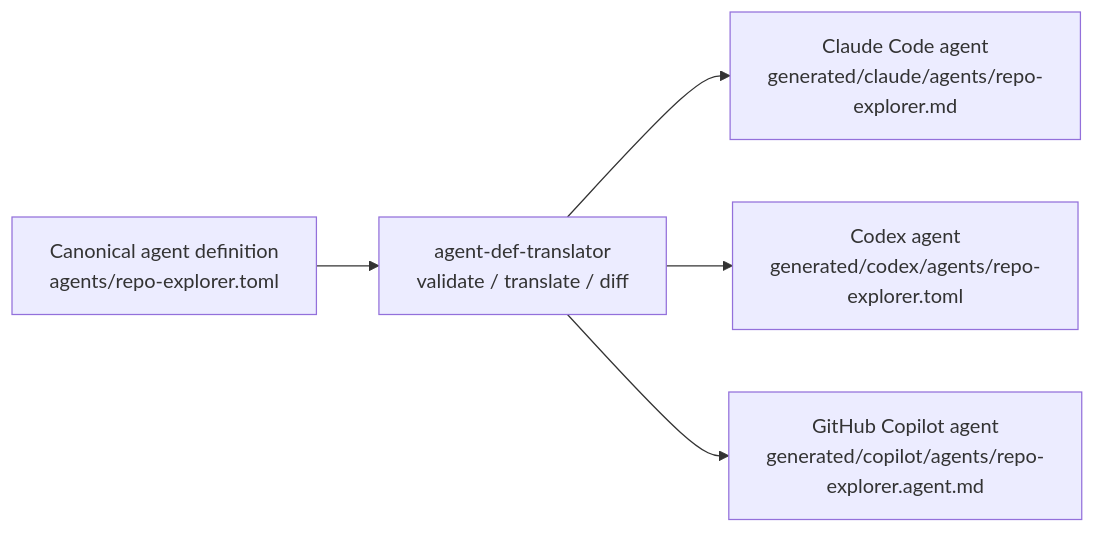
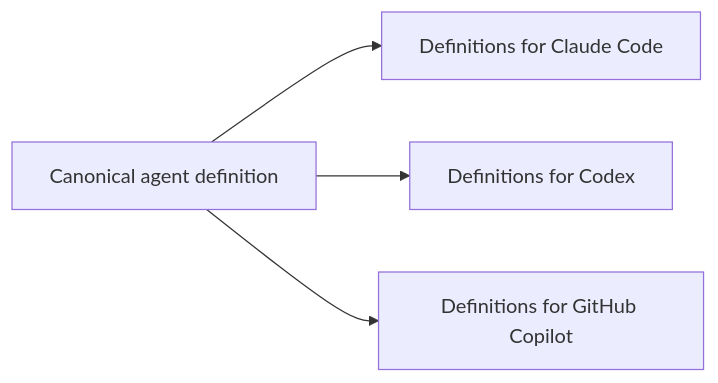
One commit to kitsuyui/agent-def-translator changed the diagram in README.md. Above: the diagram before and after it, drawn with Mermaid.

Commit message:
Simplify README translation diagram

````diff
--- a/README.md
+++ b/README.md
@@ -11,13 +11,11 @@
 ```mermaid
 flowchart LR
-    source["Canonical agent definition<br/>agents/repo-explorer.toml"]
-    cli["agent-def-translator<br/>validate / translate / diff"]
-    claude["Claude Code agent<br/>generated/claude/agents/repo-explorer.md"]
-    codex["Codex agent<br/>generated/codex/agents/repo-explorer.toml"]
-    copilot["GitHub Copilot agent<br/>generated/copilot/agents/repo-explorer.agent.md"]
+    source["Canonical agent definition"]
+    claude["Definitions for Claude Code"]
+    codex["Definitions for Codex"]
+    copilot["Definitions for GitHub Copilot"]
 
-    source --> cli
-    cli --> claude
-    cli --> codex
-    cli --> copilot
+    source --> claude
+    source --> codex
+    source --> copilot
 ```
````
